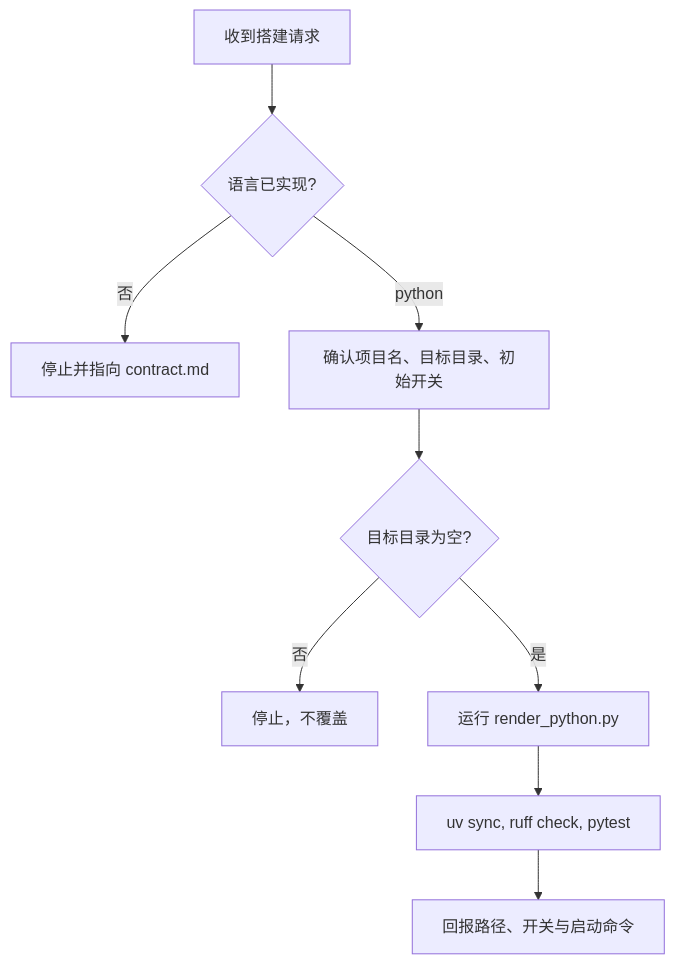
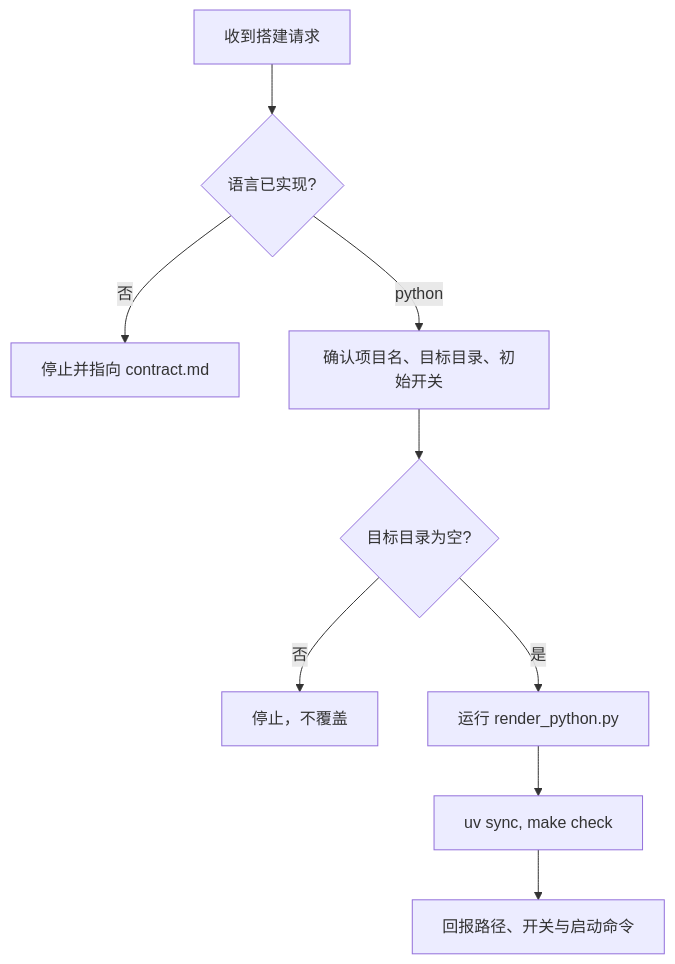
The diagram in projects/skills/service-scaffold/SKILL.md (ColaSk/vibe-coding), drawn with Mermaid before and after one commit. The commit also changed other lines of this file and 31 other files, not shown here.

````diff
--- a/projects/skills/service-scaffold/SKILL.md
+++ b/projects/skills/service-scaffold/SKILL.md
@@ -19,11 +19,11 @@
 ```mermaid
 flowchart TD
     startNode[收到搭建请求] --> lang{语言已实现?}
     lang -->|否| stopNode[停止并指向 contract.md]
     lang -->|python| inputs[确认项目名、目标目录、初始开关]
     inputs --> empty{目标目录为空?}
     empty -->|否| stopNode2[停止，不覆盖]
     empty -->|是| render["运行 render_python.py"]
-    render --> verify["uv sync, ruff check, pytest"]
+    render --> verify["uv sync, make check"]
     verify --> doneNode[回报路径、开关与启动命令]
 ```
````
